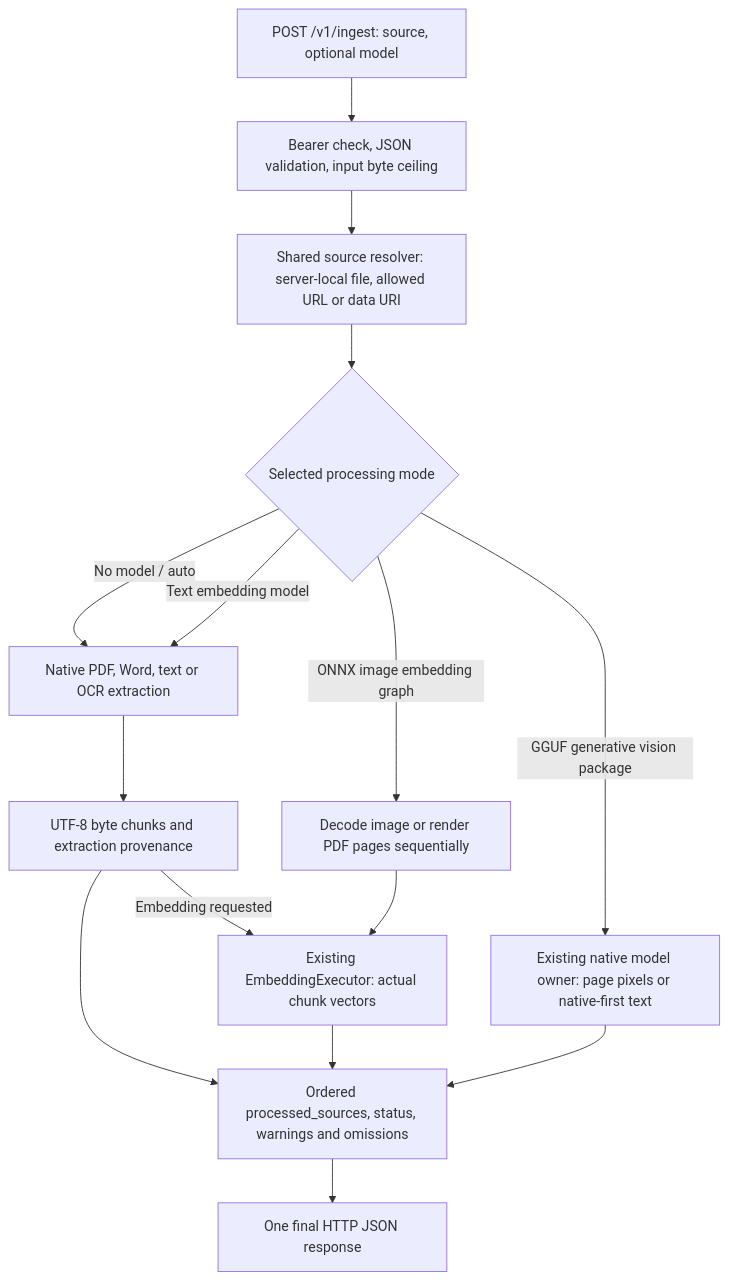
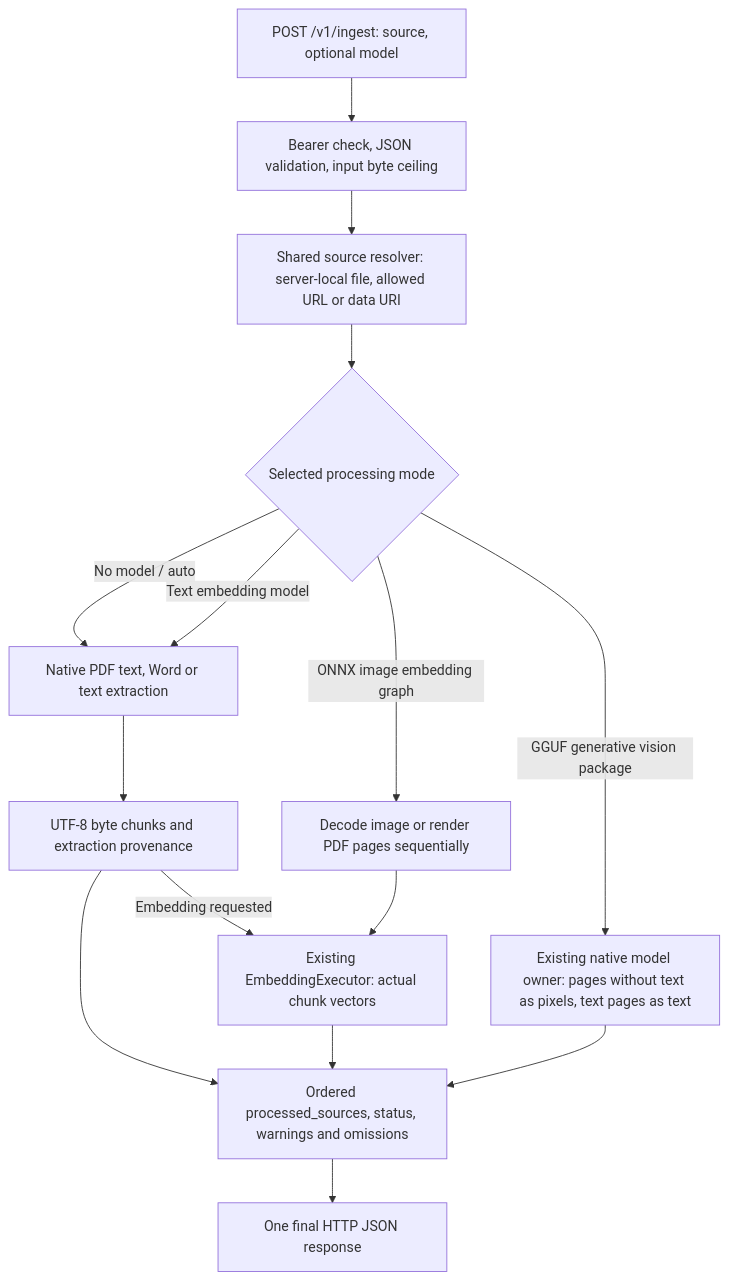
The diagram in docs/api/inference/ingest.md (cluaiz/cluaiz), drawn with Mermaid before and after one commit. The commit also changed other lines of this file and 8 other files, not shown here.

Commit message:
docs(media): scanned PDFs read by a vision model, PDFium downloaded on first use, no OCR pack

````diff
--- a/docs/api/inference/ingest.md
+++ b/docs/api/inference/ingest.md
@@ -92,17 +92,17 @@
 ```mermaid
 flowchart TD
     R["POST /v1/ingest: source, optional model"] --> A["Bearer check, JSON validation, input byte ceiling"]
     A --> S["Shared source resolver: server-local file, allowed URL or data URI"]
     S --> M{"Selected processing mode"}
-    M -->|"No model / auto"| N["Native PDF, Word, text or OCR extraction"]
+    M -->|"No model / auto"| N["Native PDF text, Word or text extraction"]
     M -->|"Text embedding model"| N
     N --> C["UTF-8 byte chunks and extraction provenance"]
     C -->|"Embedding requested"| E["Existing EmbeddingExecutor: actual chunk vectors"]
     M -->|"ONNX image embedding graph"| P["Decode image or render PDF pages sequentially"]
     P --> E
-    M -->|"GGUF generative vision package"| V["Existing native model owner: page pixels or native-first text"]
+    M -->|"GGUF generative vision package"| V["Existing native model owner: pages without text as pixels, text pages as text"]
     C --> F["Ordered processed_sources, status, warnings and omissions"]
     E --> F
     V --> F
     F --> O["One final HTTP JSON response"]
 ```
````
